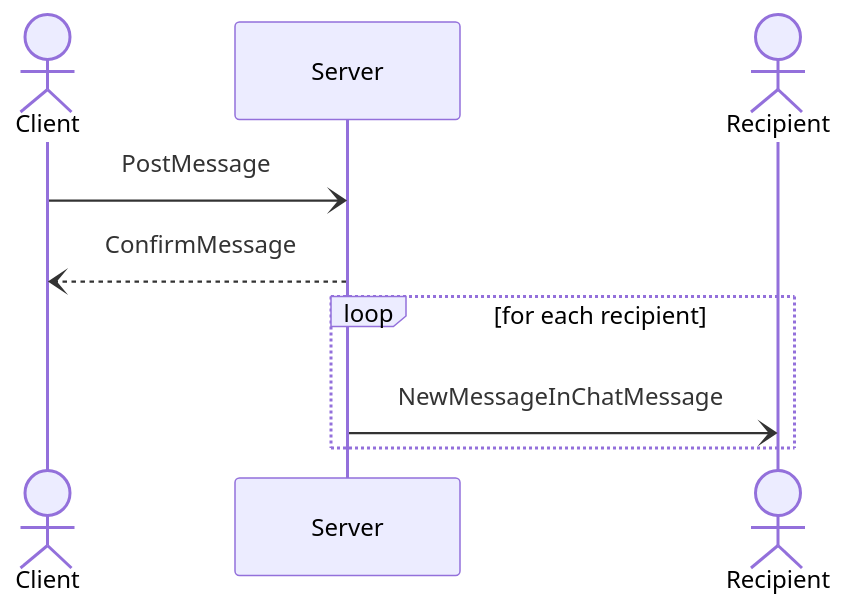
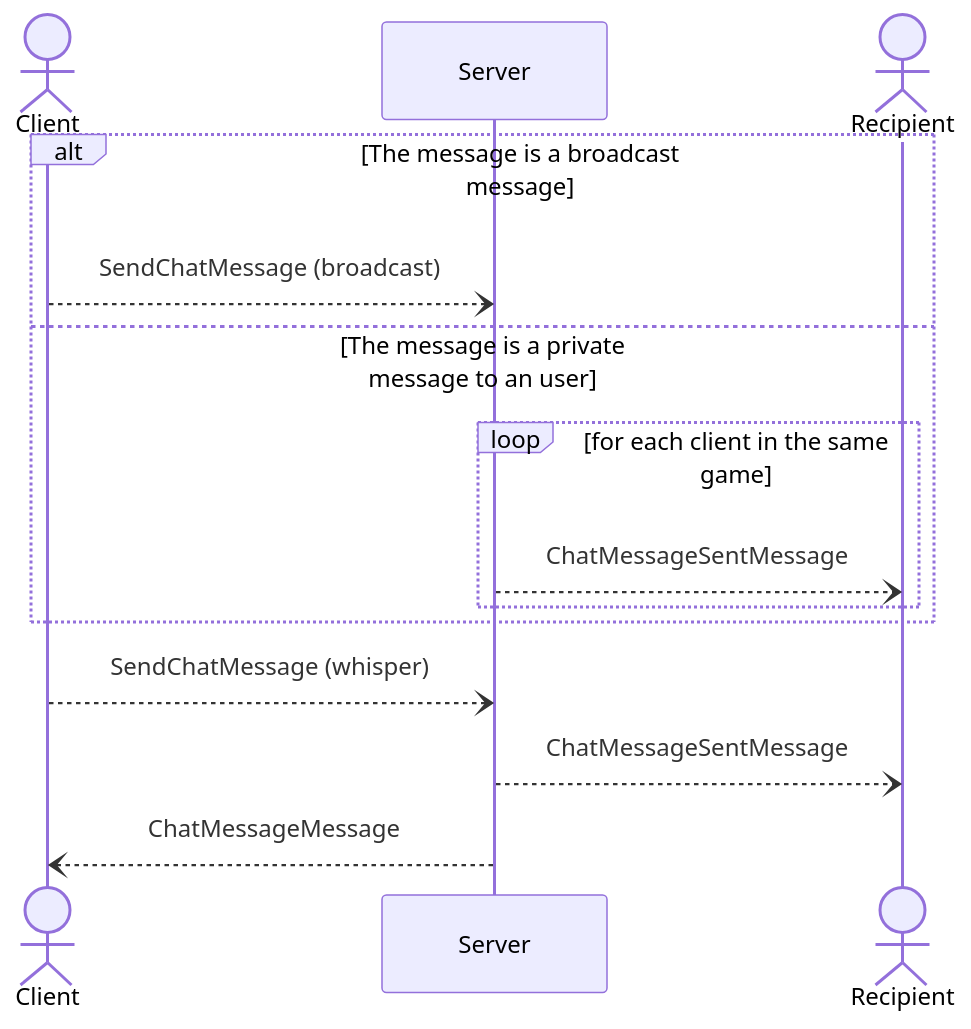
Before and after one commit to frephs/IS24-AM21: the seventh of 7 diagrams in documentation_wip/network_protocol.md, drawn with Mermaid. The commit also changed other lines of this file, not shown here.

Commit message:
fix: update chat message docs

````diff
--- a/documentation_wip/network_protocol.md
+++ b/documentation_wip/network_protocol.md
@@ -346,10 +346,18 @@
 ```mermaid
 sequenceDiagram
 actor Client
-    Client -) Server: PostMessage
-    Server --) Client: ConfirmMessage
+alt The message is a broadcast message
+    Client --) Server: SendChatMessage (broadcast)
+else The message is a private message to an user
 actor Recipient
-    loop for each recipient
-        Server -) Recipient: NewMessageInChatMessage
+    loop for each client in the same game
+        Server --) Recipient: ChatMessageSentMessage
     end
+    end
+Client --) Server: SendChatMessage (whisper)
+ Server --) Recipient: ChatMessageSentMessage
+  Server --) Client: ChatMessageMessage
+
+
+
 ```
````
